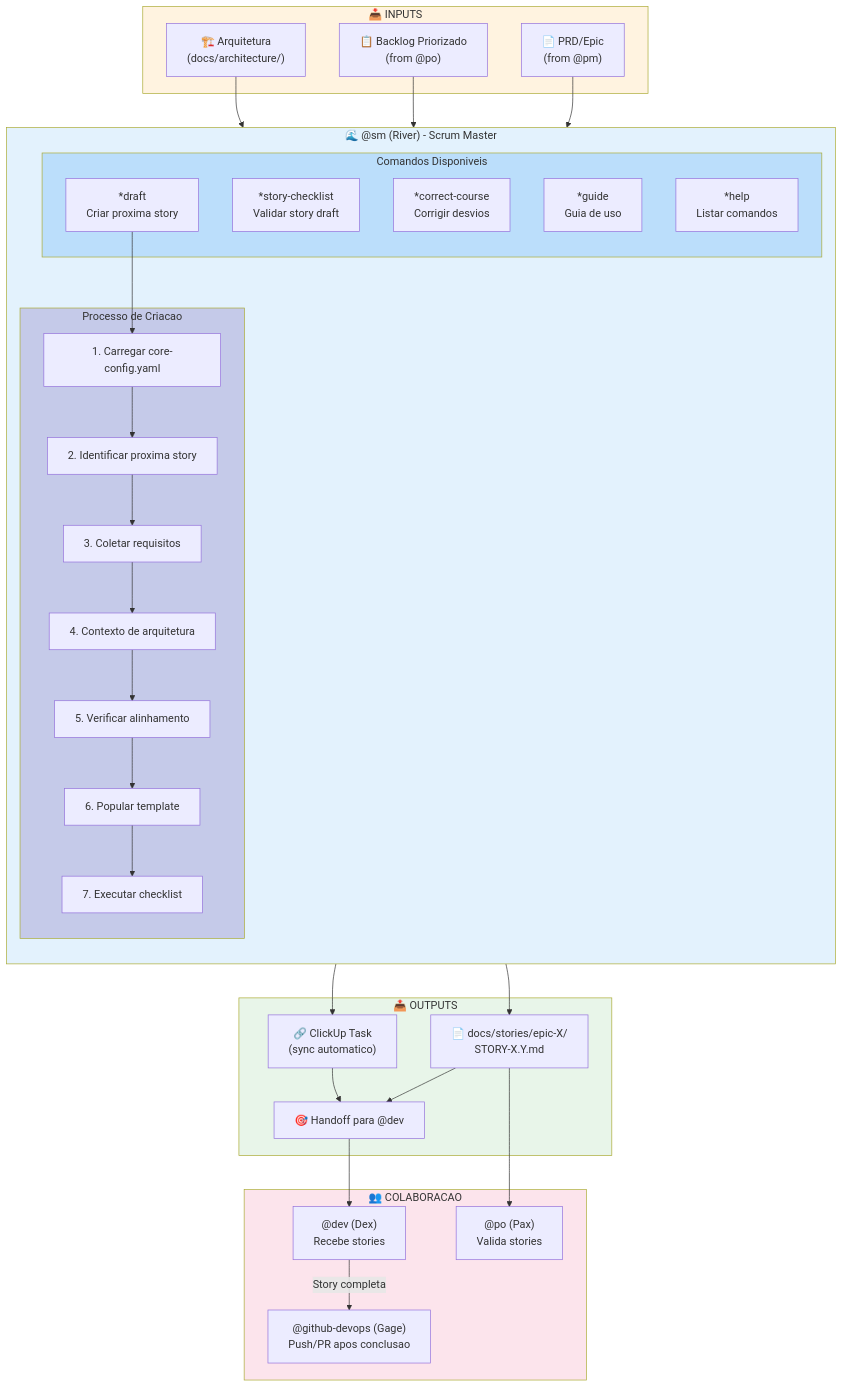
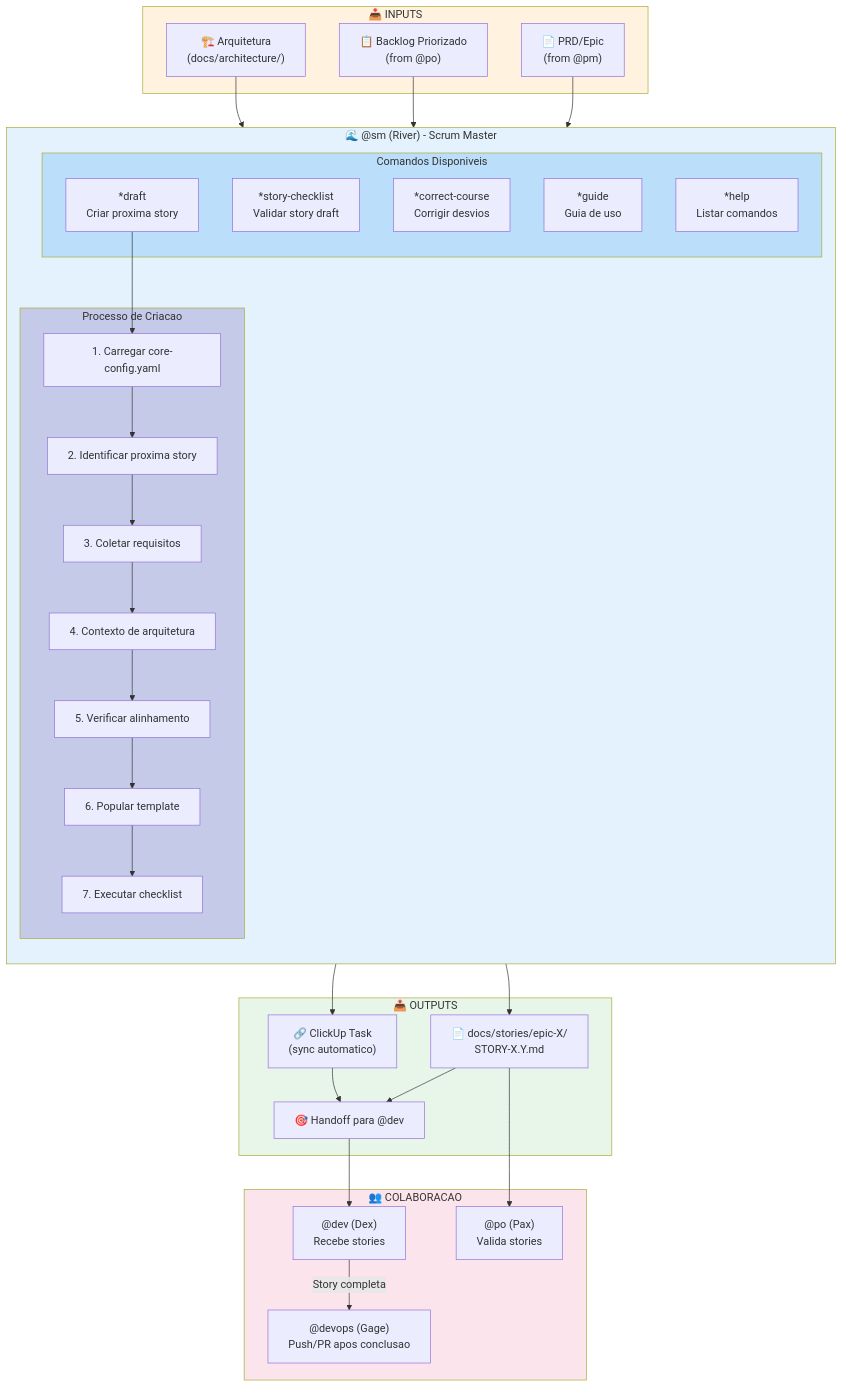
The first of 4 diagrams in docs/guides/agents/SM-SYSTEM.md (gigio-cangini-mentor/sei-la), drawn with Mermaid before and after one commit. The commit also changed other lines of this file and 79 other files, not shown here.

````diff
--- a/docs/guides/agents/SM-SYSTEM.md
+++ b/docs/guides/agents/SM-SYSTEM.md
@@ -93,71 +93,71 @@
 ```mermaid
 flowchart TB
     subgraph INPUTS["📥 INPUTS"]
         PRD["📄 PRD/Epic<br/>(from @pm)"]
         BACKLOG["📋 Backlog Priorizado<br/>(from @po)"]
         ARCH["🏗️ Arquitetura<br/>(docs/architecture/)"]
     end
 
     subgraph SM_AGENT["🌊 @sm (River) - Scrum Master"]
         direction TB
 
         subgraph COMMANDS["Comandos Disponiveis"]
             DRAFT["*draft<br/>Criar proxima story"]
             CHECKLIST["*story-checklist<br/>Validar story draft"]
             CORRECT["*correct-course<br/>Corrigir desvios"]
             GUIDE["*guide<br/>Guia de uso"]
             HELP["*help<br/>Listar comandos"]
         end
 
         subgraph PROCESS["Processo de Criacao"]
             LOAD_CONFIG["1. Carregar core-config.yaml"]
             IDENTIFY_STORY["2. Identificar proxima story"]
             GATHER_REQS["3. Coletar requisitos"]
             GATHER_ARCH["4. Contexto de arquitetura"]
             VERIFY_STRUCTURE["5. Verificar alinhamento"]
             POPULATE["6. Popular template"]
             VALIDATE["7. Executar checklist"]
         end
     end
 
     PRD --> IDENTIFY_STORY
     BACKLOG --> IDENTIFY_STORY
     ARCH --> GATHER_ARCH
 
     DRAFT --> LOAD_CONFIG
     LOAD_CONFIG --> IDENTIFY_STORY
     IDENTIFY_STORY --> GATHER_REQS
     GATHER_REQS --> GATHER_ARCH
     GATHER_ARCH --> VERIFY_STRUCTURE
     VERIFY_STRUCTURE --> POPULATE
     POPULATE --> VALIDATE
 
     VALIDATE --> STORY_FILE["📄 docs/stories/epic-X/<br/>STORY-X.Y.md"]
     VALIDATE --> CLICKUP["🔗 ClickUp Task<br/>(sync automatico)"]
 
     subgraph OUTPUTS["📤 OUTPUTS"]
         STORY_FILE
         CLICKUP
         HANDOFF["🎯 Handoff para @dev"]
     end
 
     STORY_FILE --> HANDOFF
     CLICKUP --> HANDOFF
 
     subgraph COLLABORATION["👥 COLABORACAO"]
         DEV_AGENT["@dev (Dex)<br/>Recebe stories"]
         PO_AGENT["@po (Pax)<br/>Valida stories"]
-        DEVOPS_AGENT["@github-devops (Gage)<br/>Push/PR apos conclusao"]
+        DEVOPS_AGENT["@devops (Gage)<br/>Push/PR apos conclusao"]
     end
 
     HANDOFF --> DEV_AGENT
     STORY_FILE --> PO_AGENT
     DEV_AGENT -->|"Story completa"| DEVOPS_AGENT
 
     style SM_AGENT fill:#e3f2fd
     style INPUTS fill:#fff3e0
     style OUTPUTS fill:#e8f5e9
     style COLLABORATION fill:#fce4ec
     style COMMANDS fill:#bbdefb
     style PROCESS fill:#c5cae9
 ```
````
